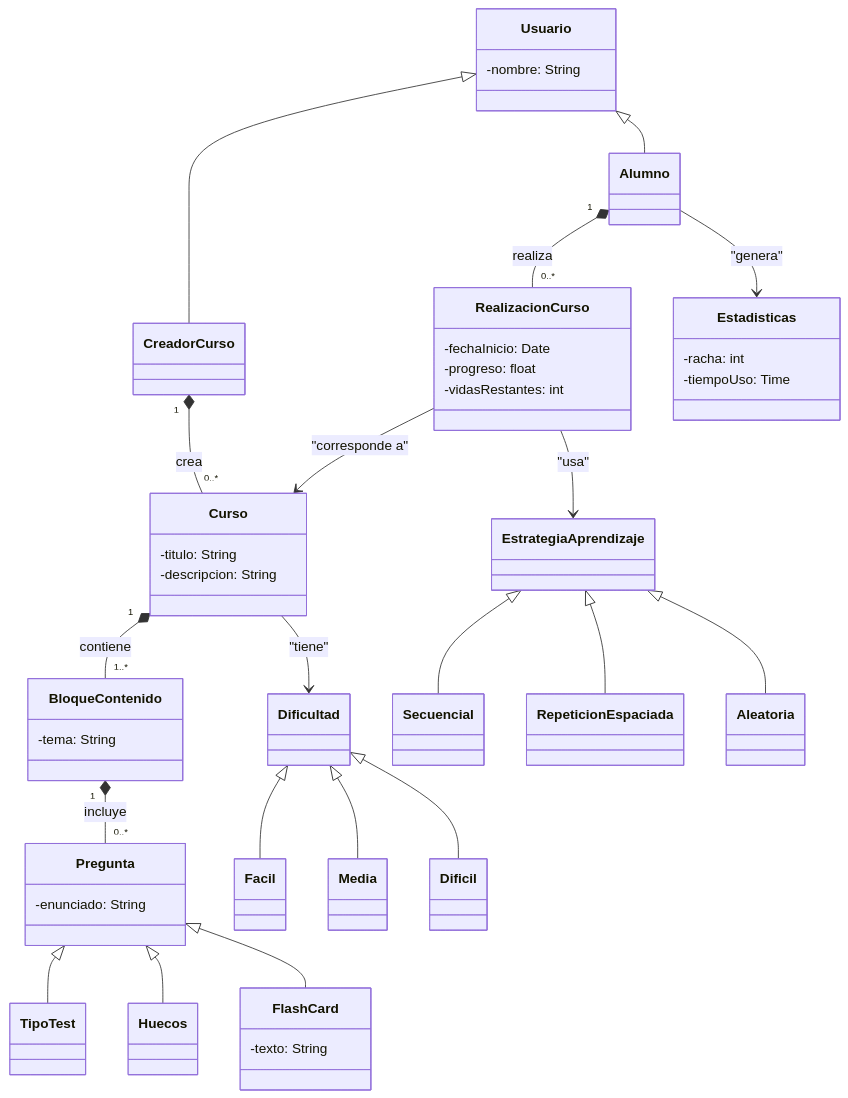
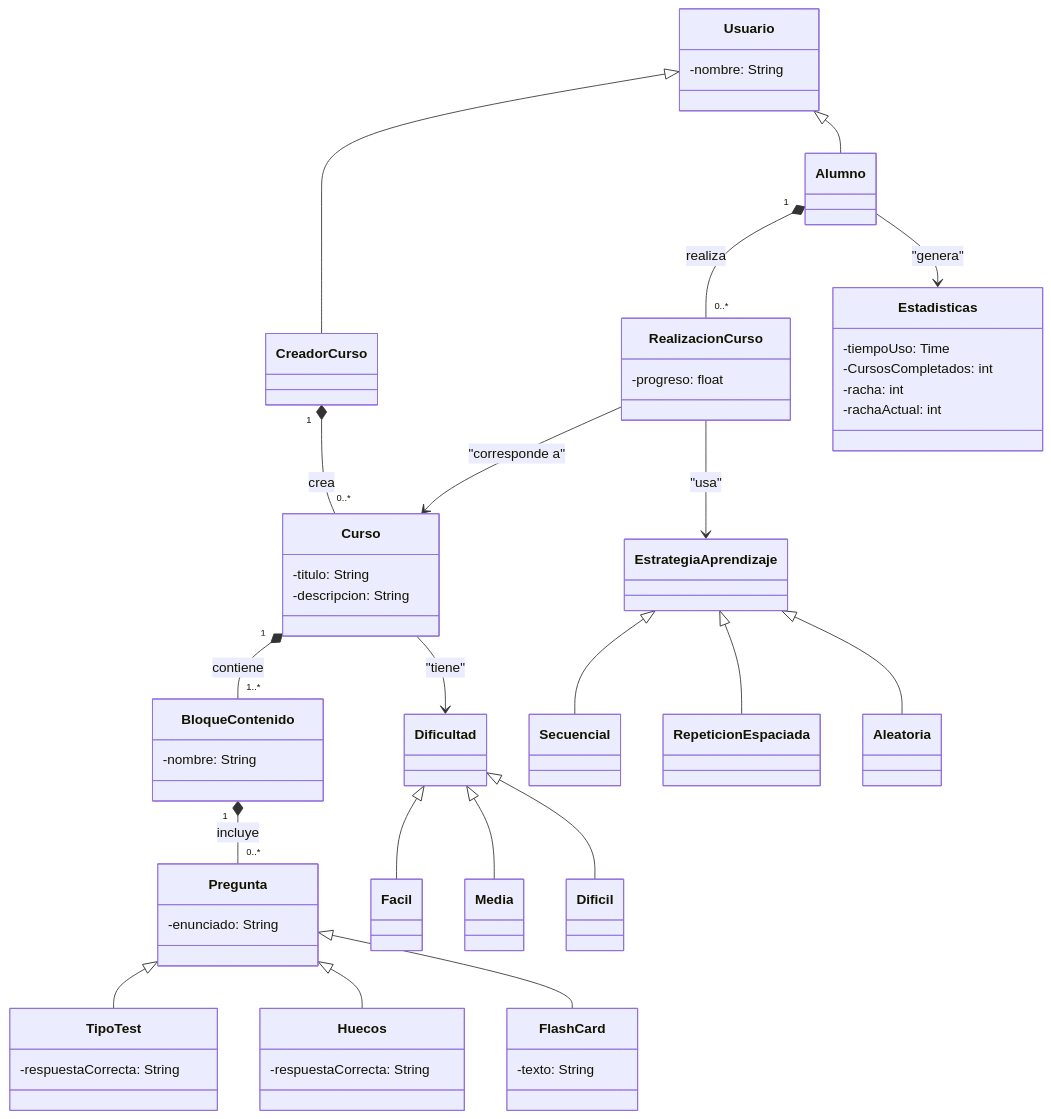
Before and after one commit to gusgarzo/PDS-Proyecto: the diagram in diseño/modelo.md, drawn with Mermaid.

````diff
--- a/diseño/modelo.md
+++ b/diseño/modelo.md
@@ -1,75 +1,82 @@
 ```mermaid
 classDiagram
     %% --- Jerarquía de Usuario ---
     class Usuario {
         -nombre: String
     }
     Usuario <|-- Alumno
     Usuario <|-- CreadorCurso
 
     %% --- Clases de Curso y Bloques ---
     class Curso {
         -titulo: String
         -descripcion: String
     }
     class BloqueContenido {
-        -tema: String
+        -nombre: String
     }
     class FlashCard {
         -texto: String
+    }
+    class TipoTest {
+        -respuestaCorrecta: String
+    }
+    class Huecos {
+        -respuestaCorrecta: String
     }
 
     %% --- Preguntas y Tipos ---
     class Pregunta {
         -enunciado: String
     }
     Pregunta <|-- TipoTest
     Pregunta <|-- Huecos
   
  
     Pregunta <|-- FlashCard
 
     %% --- Dificultad y Estrategia ---
     class Dificultad
     Dificultad <|-- Facil
     Dificultad <|-- Media
     Dificultad <|-- Dificil
 
     class EstrategiaAprendizaje
     EstrategiaAprendizaje <|-- Secuencial
     EstrategiaAprendizaje <|-- RepeticionEspaciada
     EstrategiaAprendizaje <|-- Aleatoria
 
     %% --- Realización y Estadísticas ---
     class RealizacionCurso {
-        -fechaInicio: Date
         -progreso: float
-        -vidasRestantes: int
     }
     class Estadisticas {
+        -tiempoUso: Time
+        -CursosCompletados: int
         -racha: int
-        -tiempoUso: Time
+        -rachaActual: int
+        
     }
 
     %% --- Relaciones principales ---
 
     %% Roles
     CreadorCurso "1" *-- "0..*" Curso : crea
     Alumno "1" *-- "0..*" RealizacionCurso : realiza
 
     %% Curso y Bloques
     Curso "1" *-- "1..*" BloqueContenido : contiene
     BloqueContenido "1" *-- "0..*" Pregunta : incluye
 
     %% Realizacion y Curso
     RealizacionCurso --> Curso : "corresponde a"
     Alumno--> Estadisticas : "genera"
     RealizacionCurso --> EstrategiaAprendizaje : "usa"
 
     %% Curso y Dificultad
     Curso --> Dificultad : "tiene"
 
   
 
 
 ```
````
